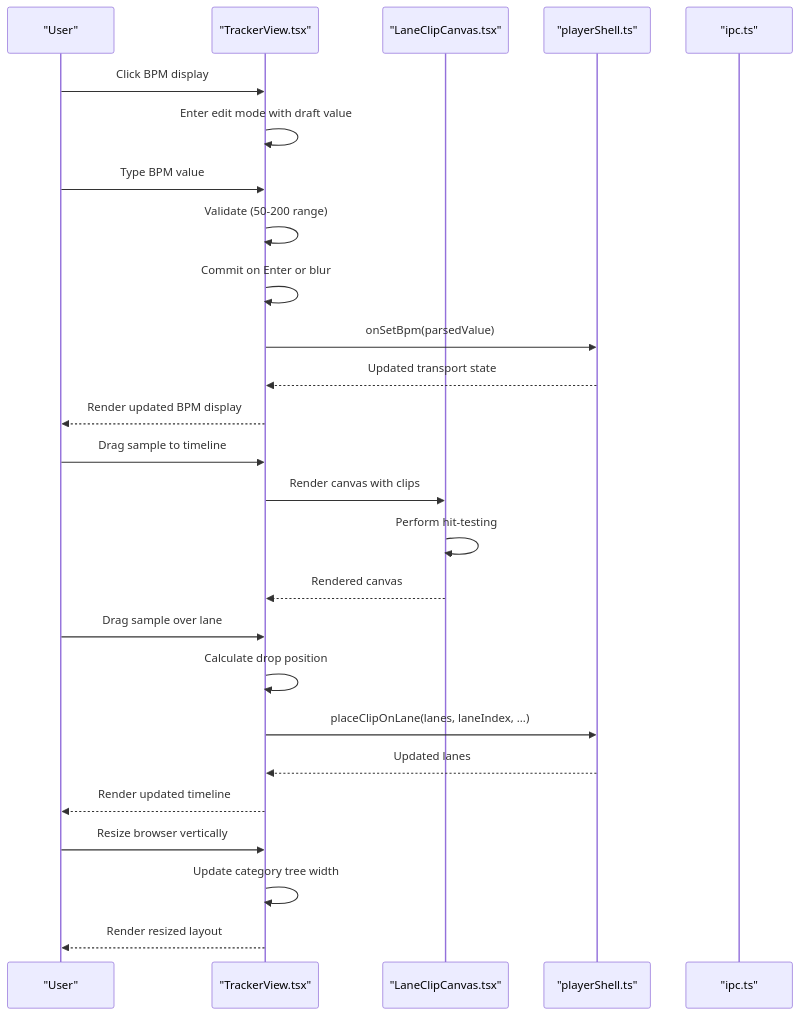
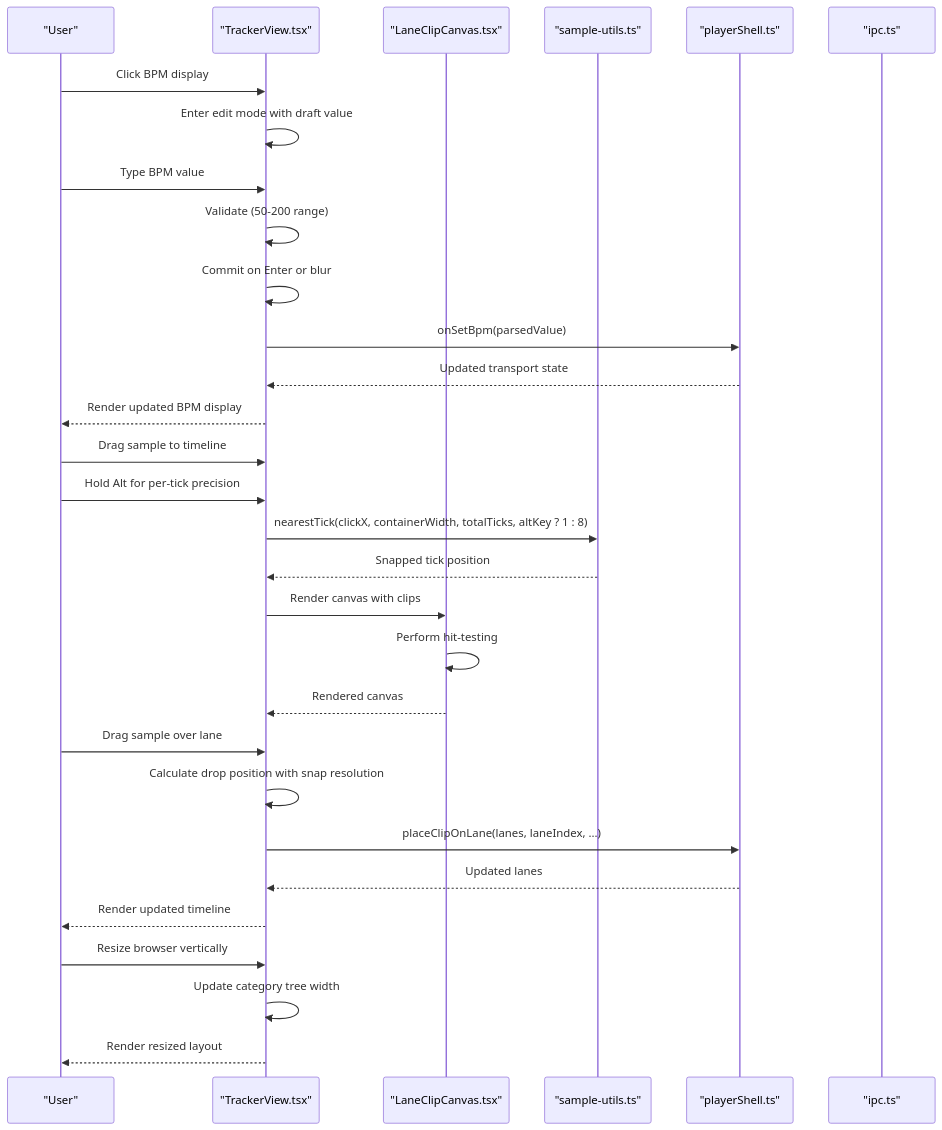
Before and after one commit to satyrlord/mixjam-electron: the sixth of 7 diagrams in .qoder/repowiki/en/content/Core Components/UI Components.md, drawn with Mermaid. The commit also changed other lines of this file and 45 other files, not shown here.

````diff
--- a/.qoder/repowiki/en/content/Core Components/UI Components.md
+++ b/.qoder/repowiki/en/content/Core Components/UI Components.md
@@ -441,28 +457,32 @@
 ```mermaid
 sequenceDiagram
 participant User as "User"
 participant TV as "TrackerView.tsx"
 participant LCC as "LaneClipCanvas.tsx"
+participant SU as "sample-utils.ts"
 participant PS as "playerShell.ts"
 participant IPC as "ipc.ts"
 User->>TV : Click BPM display
 TV->>TV : Enter edit mode with draft value
 User->>TV : Type BPM value
 TV->>TV : Validate (50-200 range)
 TV->>TV : Commit on Enter or blur
 TV->>PS : onSetBpm(parsedValue)
 PS-->>TV : Updated transport state
 TV-->>User : Render updated BPM display
 User->>TV : Drag sample to timeline
+User->>TV : Hold Alt for per-tick precision
+TV->>SU : nearestTick(clickX, containerWidth, totalTicks, altKey ? 1 : 8)
+SU-->>TV : Snapped tick position
 TV->>LCC : Render canvas with clips
 LCC->>LCC : Perform hit-testing
 LCC-->>TV : Rendered canvas
 User->>TV : Drag sample over lane
-TV->>TV : Calculate drop position
+TV->>TV : Calculate drop position with snap resolution
 TV->>PS : placeClipOnLane(lanes, laneIndex, ...)
 PS-->>TV : Updated lanes
 TV-->>User : Render updated timeline
 User->>TV : Resize browser vertically
 TV->>TV : Update category tree width
 TV-->>User : Render resized layout
 ```
````
